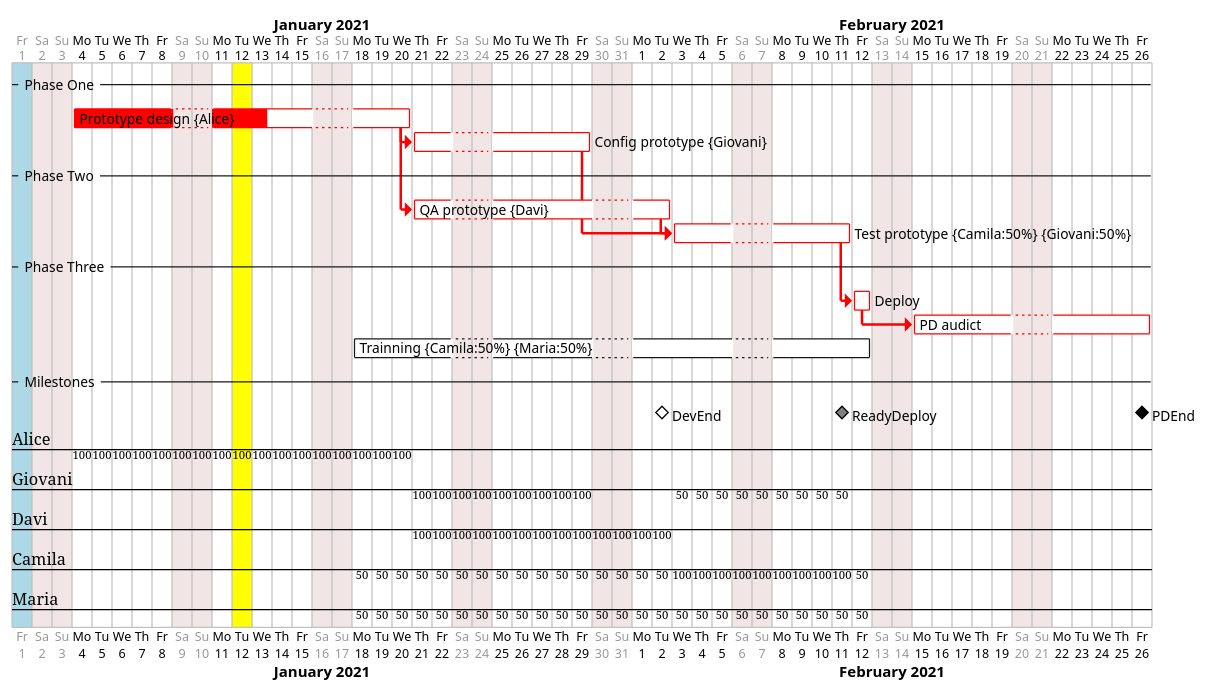
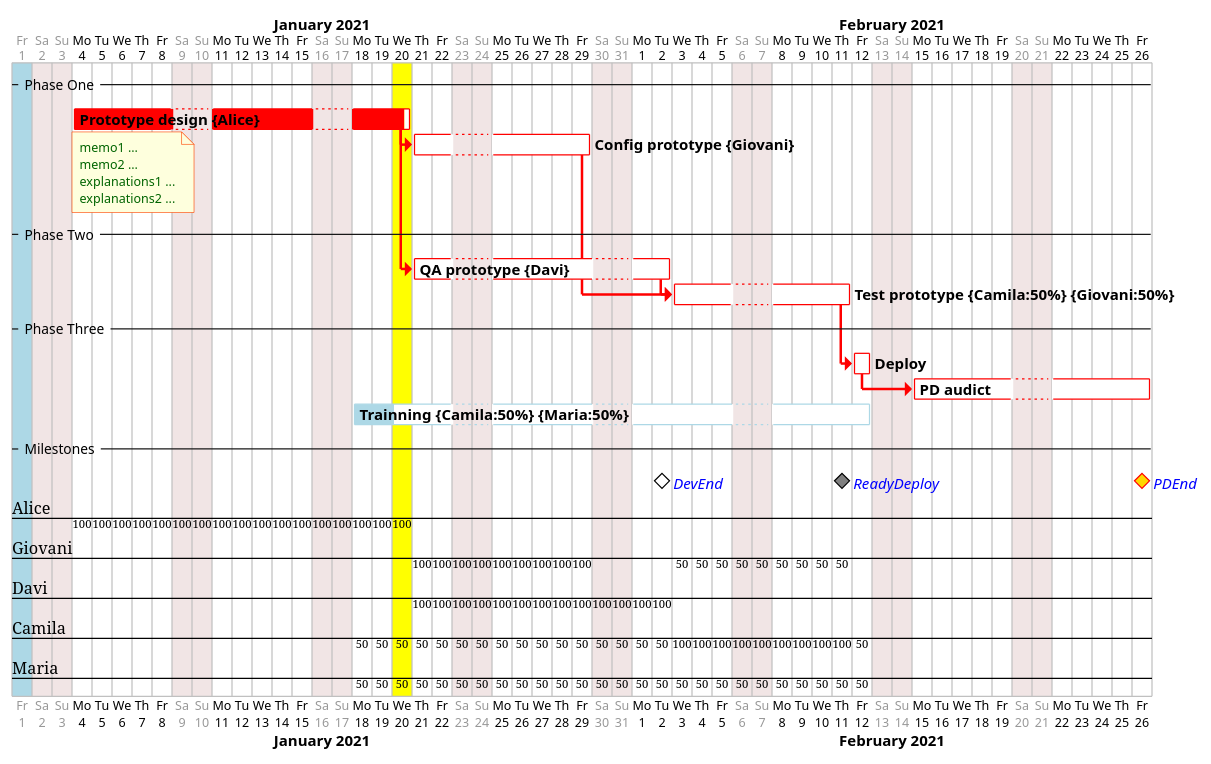
Before and after one commit to GiovaniPM/DMNTests: the diagram in PlantUML/teste25.pu, drawn with PlantUML.

Commit message:
giova(DESKTOP-PG18CKU) 210118123825

```diff
--- a/PlantUML/teste25.pu
+++ b/PlantUML/teste25.pu
@@ -1,62 +1,94 @@
 @startgantt
+<style>
+ganttDiagram {
+	task {
+		FontName Helvetica
+		FontColor black
+		FontSize 12
+		FontStyle bold
+		BackGroundColor LightBlue
+		LineColor blue
+	}
+	milestone {
+		FontColor blue
+		FontSize 12
+		FontStyle italic
+		BackGroundColor gold
+		LineColor red
+	}
+	note {
+		FontColor DarkGreen
+		FontSize 10
+		LineColor OrangeRed
+	}
+}
+</style>
+
 project starts the 2021/01/01
 
 ' Day watching
-2021/01/12 is colored in Yellow
+2021/01/20 is colored in Yellow
 
 ' Close Days
 saturday are closed
 sunday are closed
 2021/01/01 is closed
 2021/01/01 is colored in lightblue
 
 ' Tasks and there layers
 -- Phase One --
 [Prototype design] on {Alice} lasts 13 days
 [Prototype design] links to [[http://plantuml.com]]
+note bottom
+  memo1 ...
+  memo2 ...
+  explanations1 ...
+  explanations2 ...
+end note
 [Config prototype] on {Giovani} lasts 7 days
 -- Phase Two --
 [QA prototype] on {Davi} lasts 9 days
 [Test prototype] on {Camila:50}{Giovani:50} lasts 7 days
 -- Phase Three --
 [Deploy] lasts 1 day
 [PD audict] lasts 10 days
 [Trainning] on {Camila:50}{Maria:50} starts 2021/01/18
 [Trainning] ends 2021/02/12
 -- Milestones --
 
 ' Tasks flow
 [Config prototype] starts at [Prototype design]'s end with red bold link
 [QA prototype] starts at [Prototype design]'s end with red bold link
 [Test prototype] starts at [Config prototype]'s end with red bold link
 [Test prototype] starts at [QA prototype]'s end with red bold link
 [Deploy] starts at [Test prototype]'s end with red bold link
 [PD audict] starts at [Deploy]'s end with red bold link
 
 ' Tasks progress
-[Prototype design] is 60% completed
+[Prototype design] is 98% completed
 [Config prototype] is 0% completed
 [QA prototype] is 0% completed
 [Test prototype] is 0% completed
 [Deploy] is 0% completed
 [PD audict] is 0% completed
-[Trainning] is 0% completed
+[Trainning] is 10% completed
 
 ' Milestones
 [DevEnd] happens at [Prototype design]'s end
 [DevEnd] happens at [QA prototype]'s end
 [ReadyDeploy] happens at [Test prototype]'s end
 [ReadyDeploy] displays on same row as [DevEnd]
 [PDEnd] happens at [PD audict]'s end
 [PDEnd] displays on same row as [ReadyDeploy]
 
 ' Colors
 [Prototype design] is colored in Red/Red
 [Config prototype] is colored in Red/Red
 [QA prototype] is colored in Red/Red
 [Test prototype] is colored in Red/Red
 [Deploy] is colored in Red/Red
 [PD audict] is colored in Red/Red
 [DevEnd] is colored in White/Black
 [ReadyDeploy] is colored in Gray/Black
+[Trainning] is colored in LightBlue
 @endgantt
```
